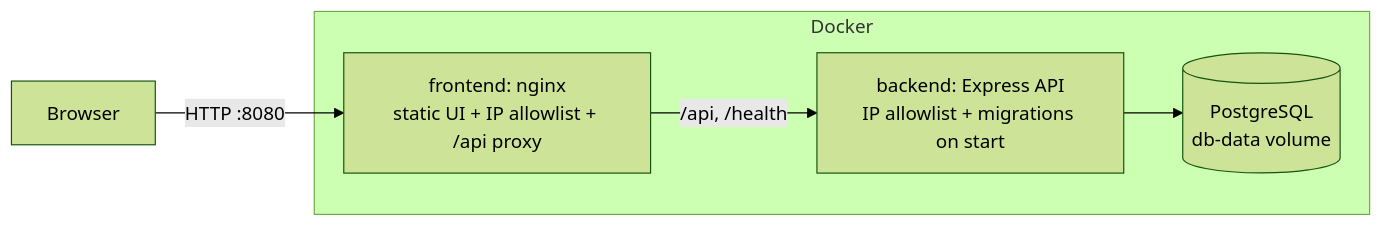
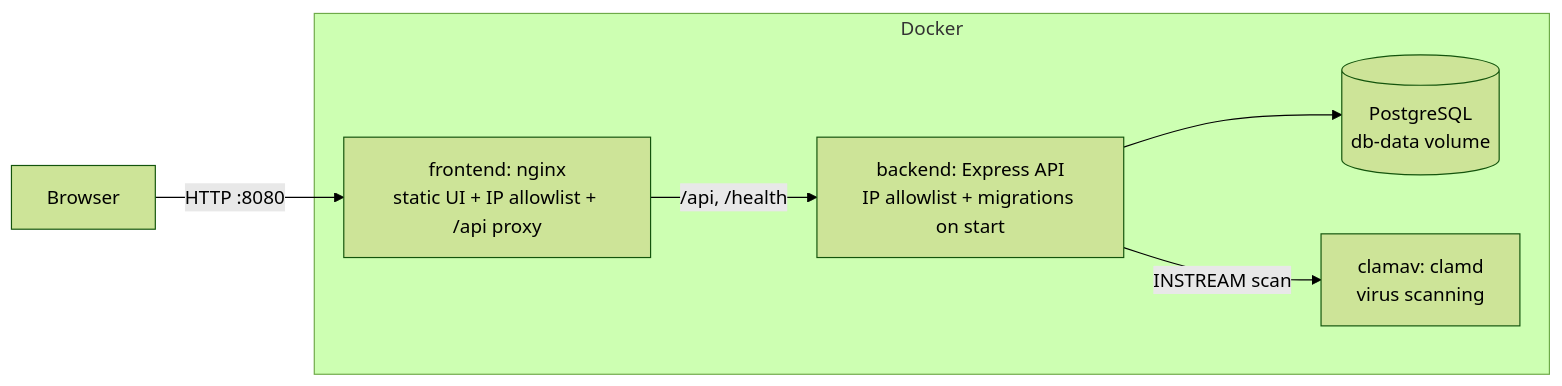
The diagram in README.md (RollDesk/rolldesk), drawn with Mermaid (forest theme) before and after one commit. The commit also changed other lines of this file and 7 other files, not shown here.

First line of the commit message:
Add ClamAV integration for virus scanning of uploaded attachments

````diff
--- a/README.md
+++ b/README.md
@@ -78,12 +78,14 @@
 ```mermaid
 flowchart LR
     U[Browser] -->|HTTP :8080| N
 
     subgraph Docker
       N[frontend: nginx<br/>static UI + IP allowlist + /api proxy]
       B[backend: Express API<br/>IP allowlist + migrations on start]
       D[(PostgreSQL<br/>db-data volume)]
+      A[clamav: clamd<br/>virus scanning]
       N -->|/api, /health| B
       B --> D
+      B -->|INSTREAM scan| A
     end
 ```
````
